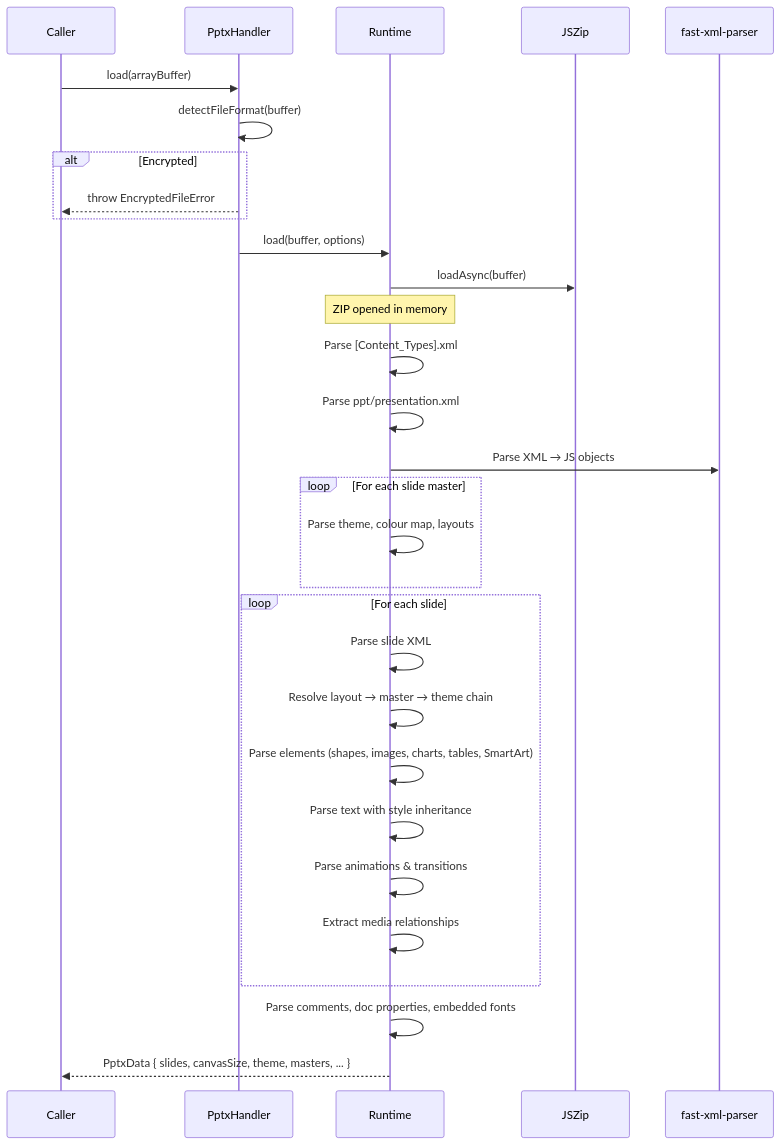
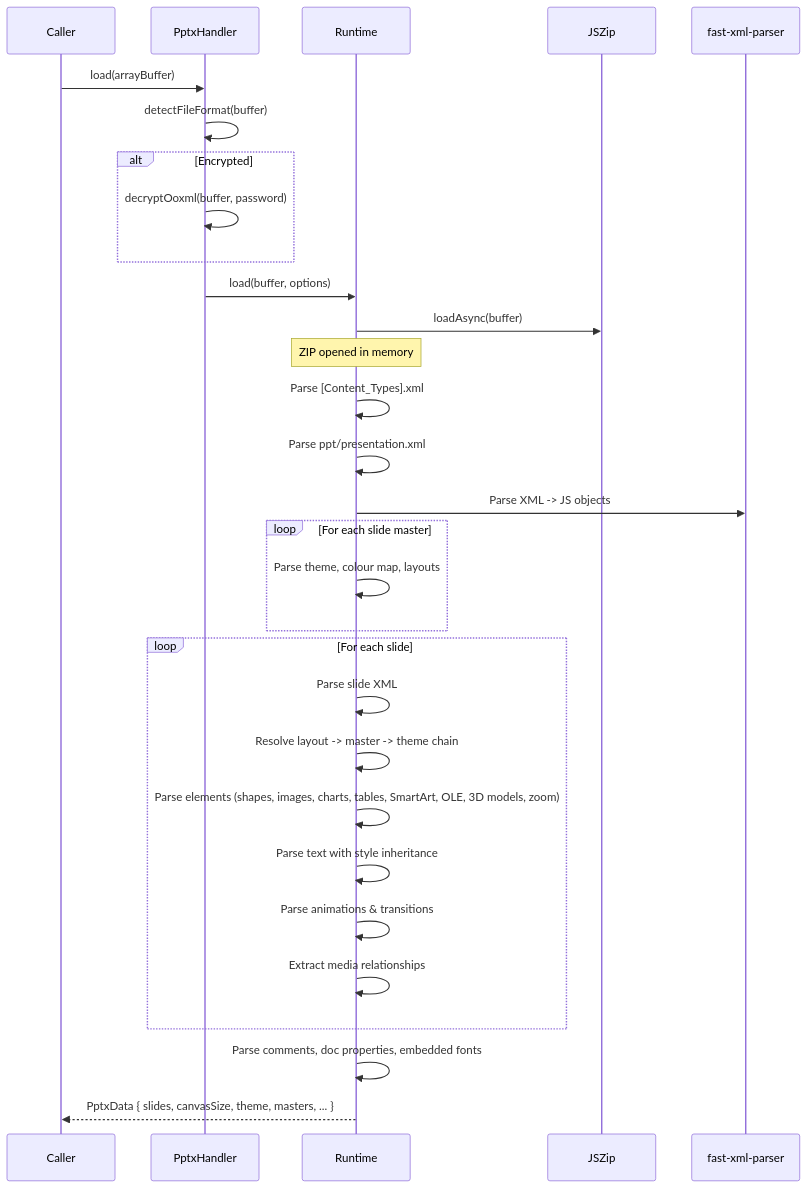
One commit to ChristopherVR/pptx-viewer changed the third of 9 diagrams in packages/core/README.md. Above: the diagram before and after it, drawn with Mermaid. The commit also changed other lines of this file and 21 other files, not shown here.

````diff
--- a/packages/core/README.md
+++ b/packages/core/README.md
@@ -269,37 +272,37 @@
 ```mermaid
 sequenceDiagram
     participant C as Caller
     participant H as PptxHandler
     participant R as Runtime
     participant Z as JSZip
     participant X as fast-xml-parser
 
     C->>H: load(arrayBuffer)
     H->>H: detectFileFormat(buffer)
     alt Encrypted
-        H-->>C: throw EncryptedFileError
+        H->>H: decryptOoxml(buffer, password)
     end
     H->>R: load(buffer, options)
     R->>Z: loadAsync(buffer)
     Note over R: ZIP opened in memory
 
     R->>R: Parse [Content_Types].xml
     R->>R: Parse ppt/presentation.xml
-    R->>X: Parse XML → JS objects
+    R->>X: Parse XML -> JS objects
 
     loop For each slide master
         R->>R: Parse theme, colour map, layouts
     end
 
     loop For each slide
         R->>R: Parse slide XML
-        R->>R: Resolve layout → master → theme chain
-        R->>R: Parse elements (shapes, images, charts, tables, SmartArt)
+        R->>R: Resolve layout -> master -> theme chain
+        R->>R: Parse elements (shapes, images, charts, tables, SmartArt, OLE, 3D models, zoom)
         R->>R: Parse text with style inheritance
         R->>R: Parse animations & transitions
         R->>R: Extract media relationships
     end
 
     R->>R: Parse comments, doc properties, embedded fonts
     R-->>C: PptxData { slides, canvasSize, theme, masters, ... }
 ```
````
